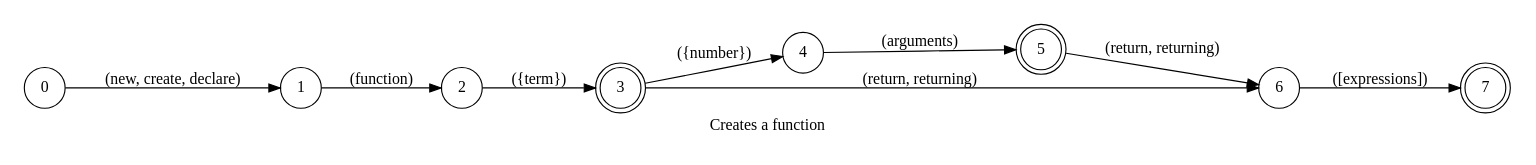
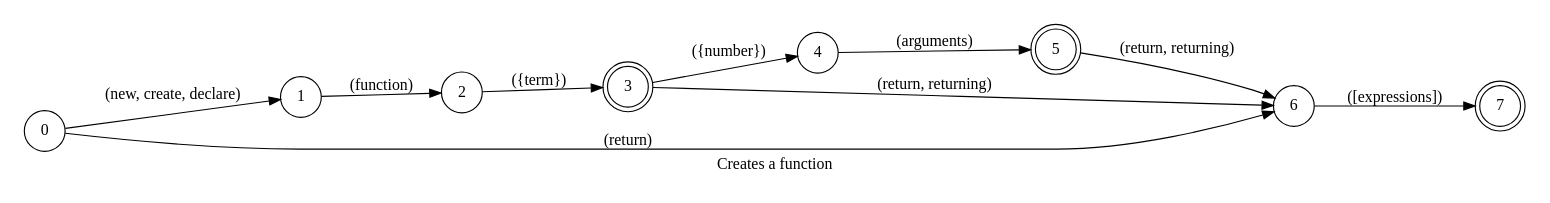
One commit to pedrooaugusto/speech-to-code changed the diagram in spoken/src/modules/typescript/function_declaration/phrase_en-US.dot. Above: the diagram before and after it, drawn with Graphviz. The commit also changed 66 other files, not shown here.

```diff
--- a/spoken/src/modules/typescript/function_declaration/phrase_en-US.dot
+++ b/spoken/src/modules/typescript/function_declaration/phrase_en-US.dot
@@ -1,22 +1,23 @@
 digraph function_declaration {
     id="function_declaration";
     label="Creates a function";
     lang="en-US";
     langName="English";
     pad="0.2";
     rankdir=LR;
     priority="2";
     node[shape=doublecircle]; 3 5 7;
     node[shape=circle];
 
     0 -> 1 [label="(new, create, declare)"];
     1 -> 2 [label="(function)"];
     2 -> 3 [label="({term})", store=fnName];
     3 -> 4 [label="({number})", store=argsNumber];
     4 -> 5 [label="(arguments)"];
     {3 5} -> 6 [label="(return, returning)"];
+    0 -> 6 [label="(return)", store=returnOnly];
     6 -> 7 [label="([expressions])", store=returnValue];
 
     title="Creates a function";
     desc="Creates a function with the desired number of args and return value";
 }
```
